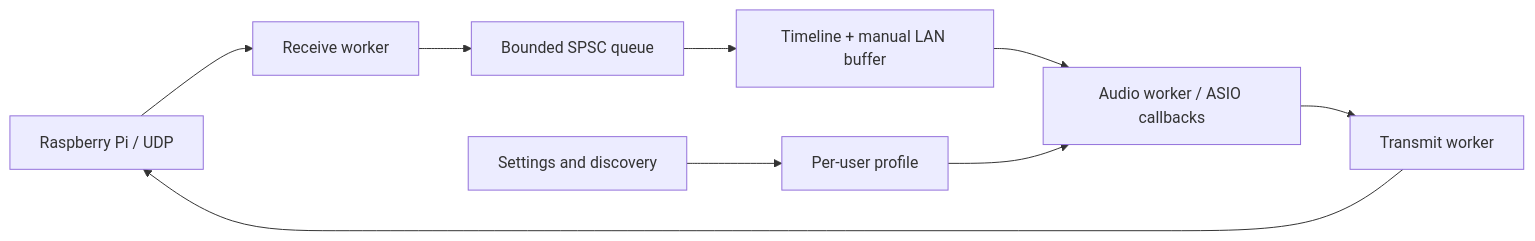
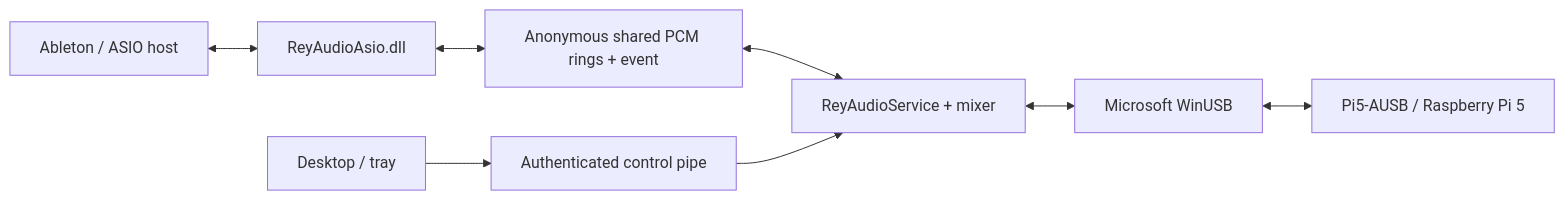
Before and after one commit to danrey-bilo/Rey-Audio-Driver-win: the diagram in docs/ARCHITECTURE.md, drawn with Mermaid. The commit also changed other lines of this file and 379 other files, not shown here.

First line of the commit message:
Make Rey Audio Driver USB-only for one device

````diff
--- a/docs/ARCHITECTURE.md
+++ b/docs/ARCHITECTURE.md
@@ -5,11 +6,10 @@
 ```mermaid
 flowchart LR
-  PI[Raspberry Pi / UDP] --> RX[Receive worker]
-  RX --> Q[Bounded SPSC queue]
-  Q --> T[Timeline + manual LAN buffer]
-  T --> A[Audio worker / ASIO callbacks]
-  A --> TX[Transmit worker]
-  TX --> PI
-  UI[Settings and discovery] --> CONFIG[Per-user profile]
-  CONFIG --> A
+  DAW[Ableton / ASIO host] <--> DLL[ReyAudioAsio.dll]
+  DLL <--> IPC[Anonymous shared PCM rings + event]
+  IPC <--> S[ReyAudioService + mixer]
+  S <--> W[Microsoft WinUSB]
+  W <--> PI[Pi5-AUSB / Raspberry Pi 5]
+  UI[Desktop / tray] --> CTRL[Authenticated control pipe]
+  CTRL --> S
 ```
````
